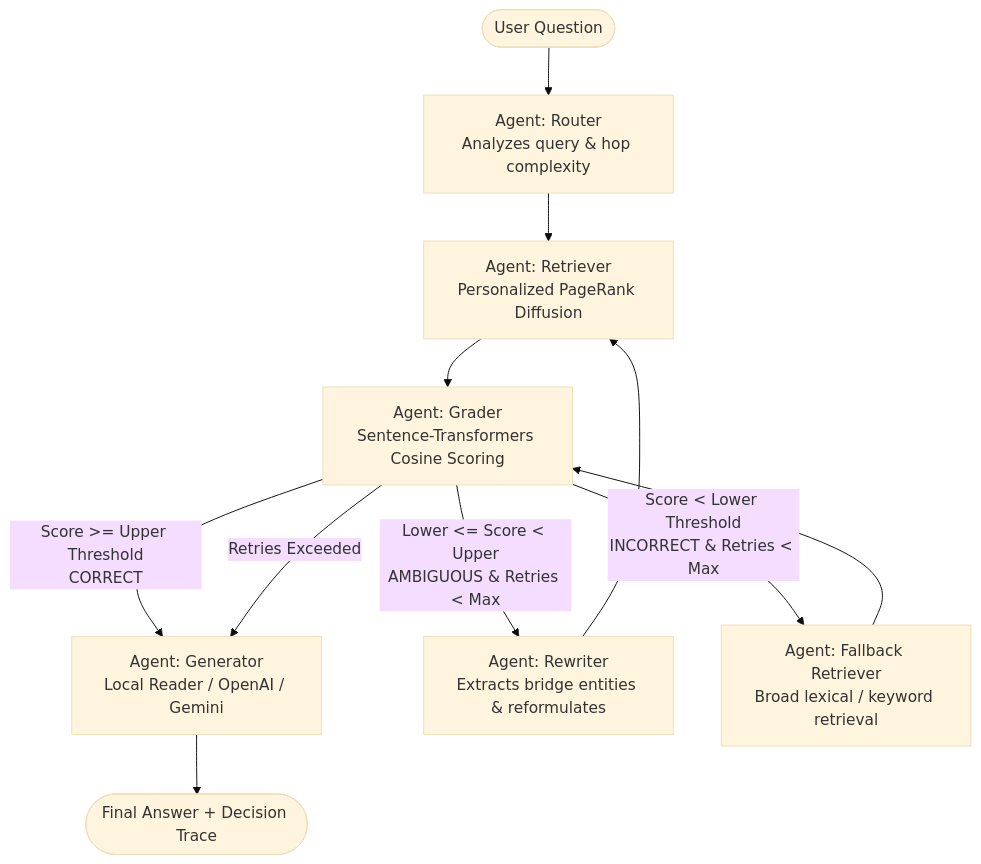
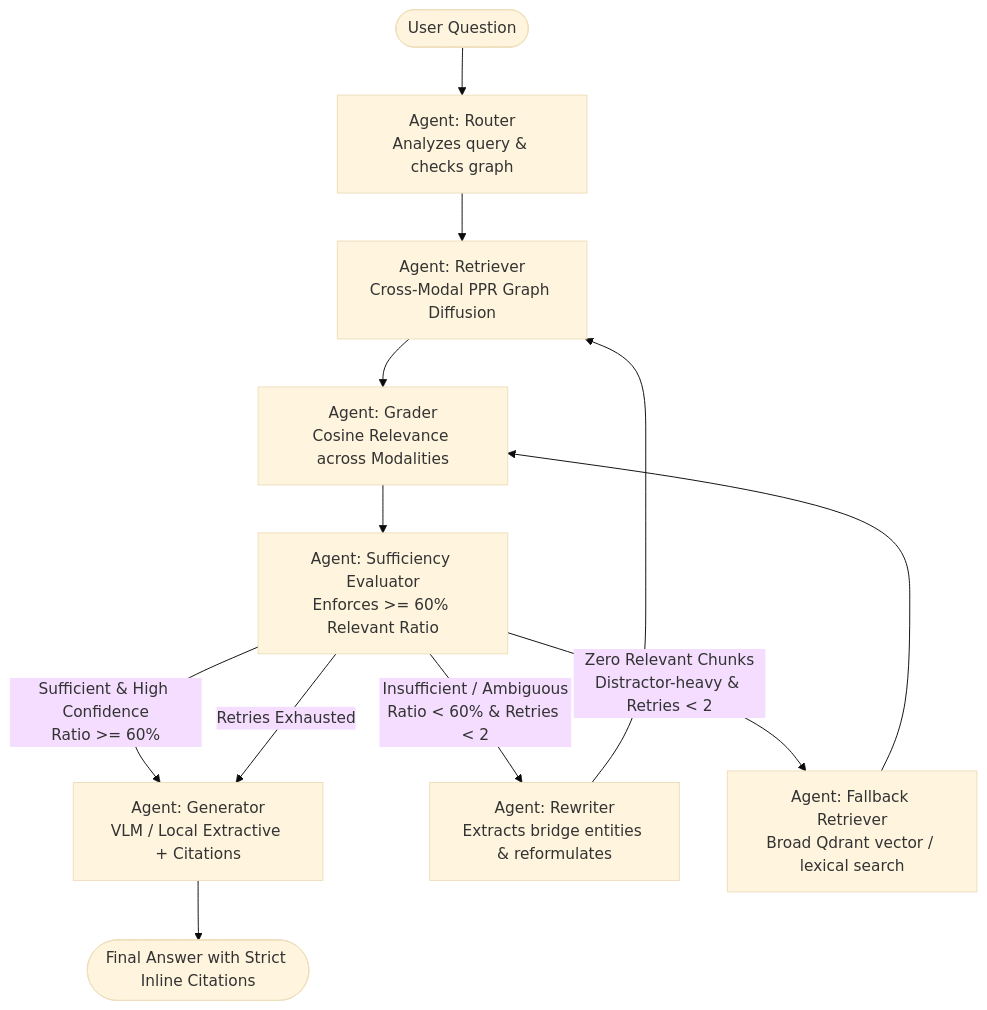
The diagram in README.md (SweetGiraffo/correctiverag), drawn with Mermaid (base theme) before and after one commit. The commit also changed other lines of this file and 6 other files, not shown here.

Commit message:
Phase 4 & 5: Serving API, Streamlit Frontend UI, and Cross-Modal Evaluation Benchmark

````diff
--- a/README.md
+++ b/README.md
@@ -17,15 +18,16 @@
 ```mermaid
 graph TD
-    Start([User Question]) --> Router[Agent: Router<br/>Analyzes query & hop complexity]
-    Router --> Retriever[Agent: Retriever<br/>Personalized PageRank Diffusion]
-    Retriever --> Grader[Agent: Grader<br/>Sentence-Transformers Cosine Scoring]
+    UserQuery([User Question]) --> Router[Agent: Router<br/>Analyzes query & checks graph]
+    Router --> Retriever[Agent: Retriever<br/>Cross-Modal PPR Graph Diffusion]
+    Retriever --> Grader[Agent: Grader<br/>Cosine Relevance across Modalities]
+    Grader --> Evaluator[Agent: Sufficiency Evaluator<br/>Enforces >= 60% Relevant Ratio]
 
-    Grader -->|Score >= Upper Threshold<br/>CORRECT| Generator[Agent: Generator<br/>Local Reader / OpenAI / Gemini]
-    Grader -->|Lower <= Score < Upper<br/>AMBIGUOUS & Retries < Max| Rewriter[Agent: Rewriter<br/>Extracts bridge entities & reformulates]
-    Grader -->|Score < Lower Threshold<br/>INCORRECT & Retries < Max| Fallback[Agent: Fallback Retriever<br/>Broad lexical / keyword retrieval]
+    Evaluator -->|Sufficient & High Confidence<br/>Ratio >= 60%| Generator[Agent: Generator<br/>VLM / Local Extractive + Citations]
+    Evaluator -->|Insufficient / Ambiguous<br/>Ratio < 60% & Retries < 2| Rewriter[Agent: Rewriter<br/>Extracts bridge entities & reformulates]
+    Evaluator -->|Zero Relevant Chunks<br/>Distractor-heavy & Retries < 2| Fallback[Agent: Fallback Retriever<br/>Broad Qdrant vector / lexical search]
 
     Rewriter --> Retriever
     Fallback --> Grader
-    Grader -->|Retries Exceeded| Generator
-    Generator --> End([Final Answer + Decision Trace])
+    Evaluator -->|Retries Exhausted| Generator
+    Generator --> Output([Final Answer with Strict Inline Citations])
 ```
````
